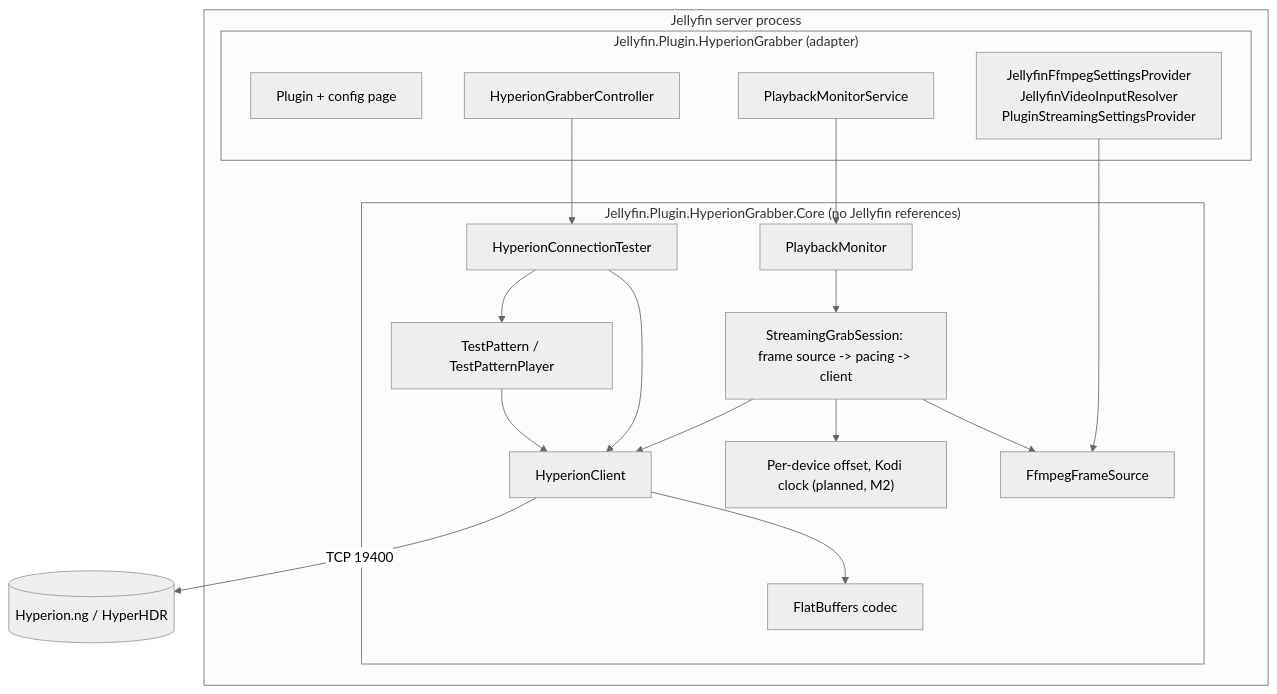
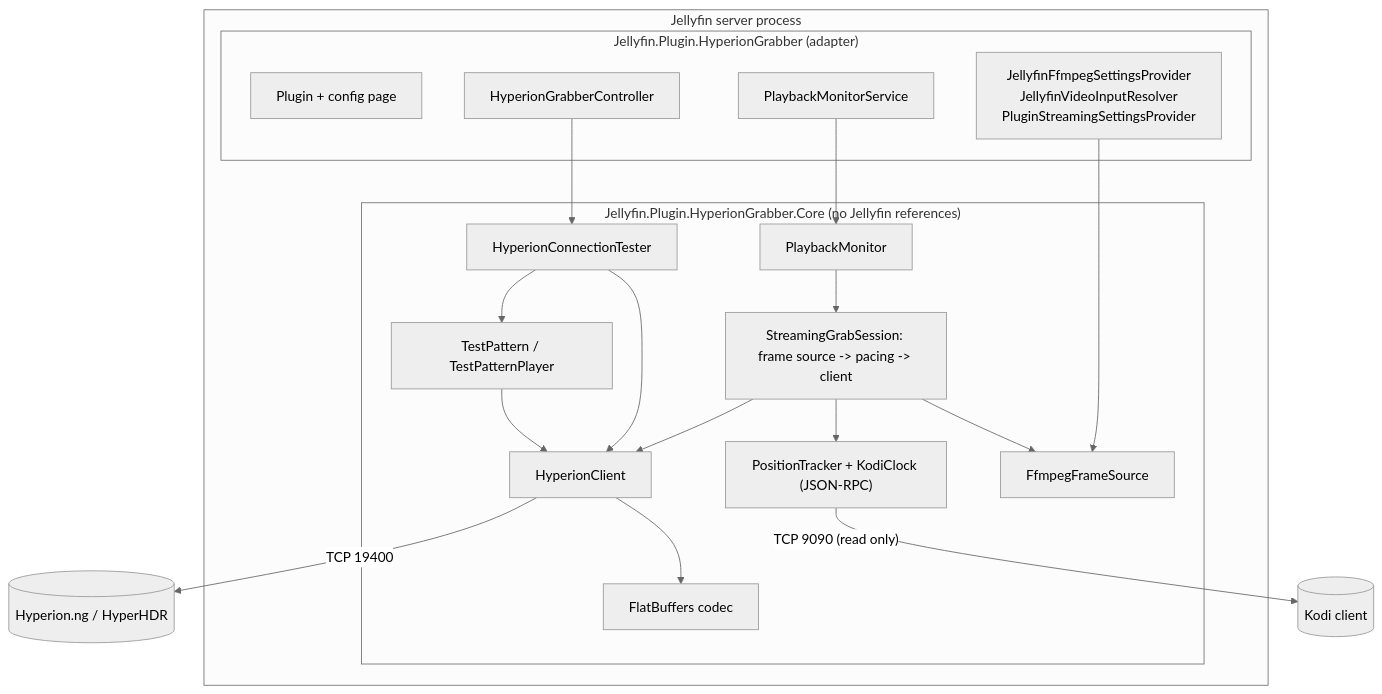
Before and after one commit to 25LioN52/JellyfinHyperionGrabber: the first of 2 diagrams in docs/development/architecture.md, drawn with Mermaid (neutral theme). The commit also changed other lines of this file and 44 other files, not shown here.

Commit message:
feat: read the playback position from Kodi over JSON-RPC (precise timing) (#33)

````diff
--- a/docs/development/architecture.md
+++ b/docs/development/architecture.md
@@ -5,30 +5,31 @@
 ```mermaid
 flowchart TB
     subgraph Jellyfin["Jellyfin server process"]
         subgraph Plugin["Jellyfin.Plugin.HyperionGrabber (adapter)"]
             P[Plugin + config page]
             API[HyperionGrabberController]
             Mon[PlaybackMonitorService]
             Src["JellyfinFfmpegSettingsProvider<br/>JellyfinVideoInputResolver<br/>PluginStreamingSettingsProvider"]
         end
         subgraph Core["Jellyfin.Plugin.HyperionGrabber.Core (no Jellyfin references)"]
             Tester[HyperionConnectionTester]
             Pattern[TestPattern / TestPatternPlayer]
             Monitor[PlaybackMonitor]
             Session["StreamingGrabSession: frame source -> pacing -> client"]
-            Sync["Per-device offset, Kodi clock (planned, M2)"]
+            Sync["PositionTracker + KodiClock (JSON-RPC)"]
             Frames["FfmpegFrameSource"]
             Client[HyperionClient]
             Codec[FlatBuffers codec]
         end
     end
     API --> Tester --> Client
     Tester --> Pattern --> Client
     Mon --> Monitor --> Session
     Src --> Frames
     Session --> Frames
     Session --> Sync
     Session --> Client
     Client --> Codec
     Client -- TCP 19400 --> H[(Hyperion.ng / HyperHDR)]
+    Sync -- "TCP 9090 (read only)" --> K[(Kodi client)]
 ```
````
